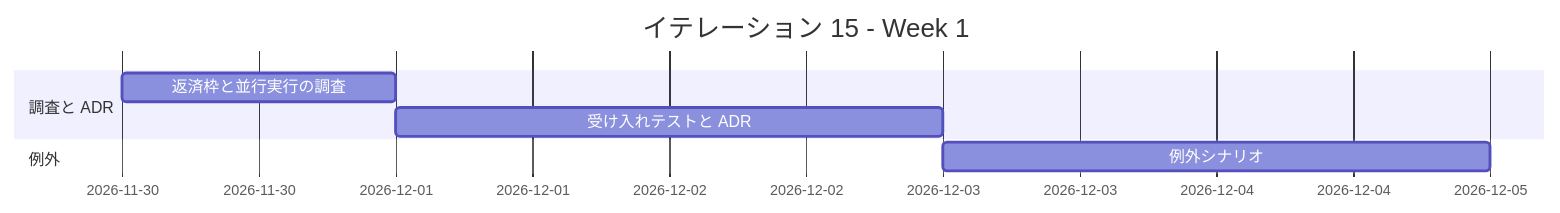
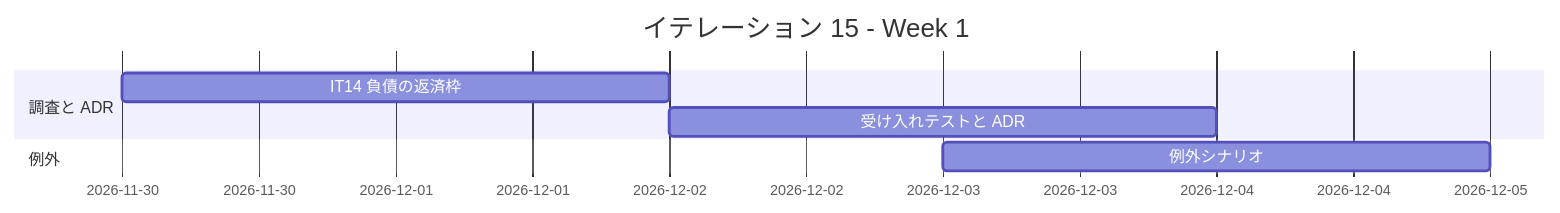
Before and after one commit to k2works/case-study-cargo-tracker: the first of 6 diagrams in docs/development/iteration_plan-15.md, drawn with Mermaid. The commit also changed other lines of this file, not shown here.

````diff
--- a/docs/development/iteration_plan-15.md
+++ b/docs/development/iteration_plan-15.md
@@ -192,10 +211,10 @@
 ```mermaid
 gantt
     title イテレーション 15 - Week 1
     dateFormat  YYYY-MM-DD
     section 調査と ADR
-    返済枠と並行実行の調査        :d1, 2026-11-30, 1d
+    IT14 負債の返済枠             :d1, 2026-11-30, 2d
     受け入れテストと ADR          :d2, after d1, 2d
     section 例外
     例外シナリオ                  :d4, 2026-12-03, 2d
 ```
````
